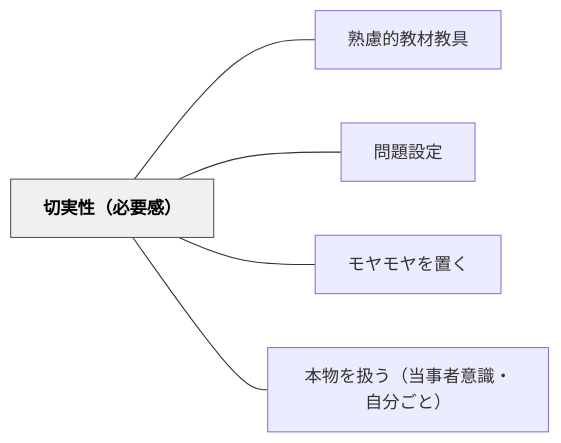
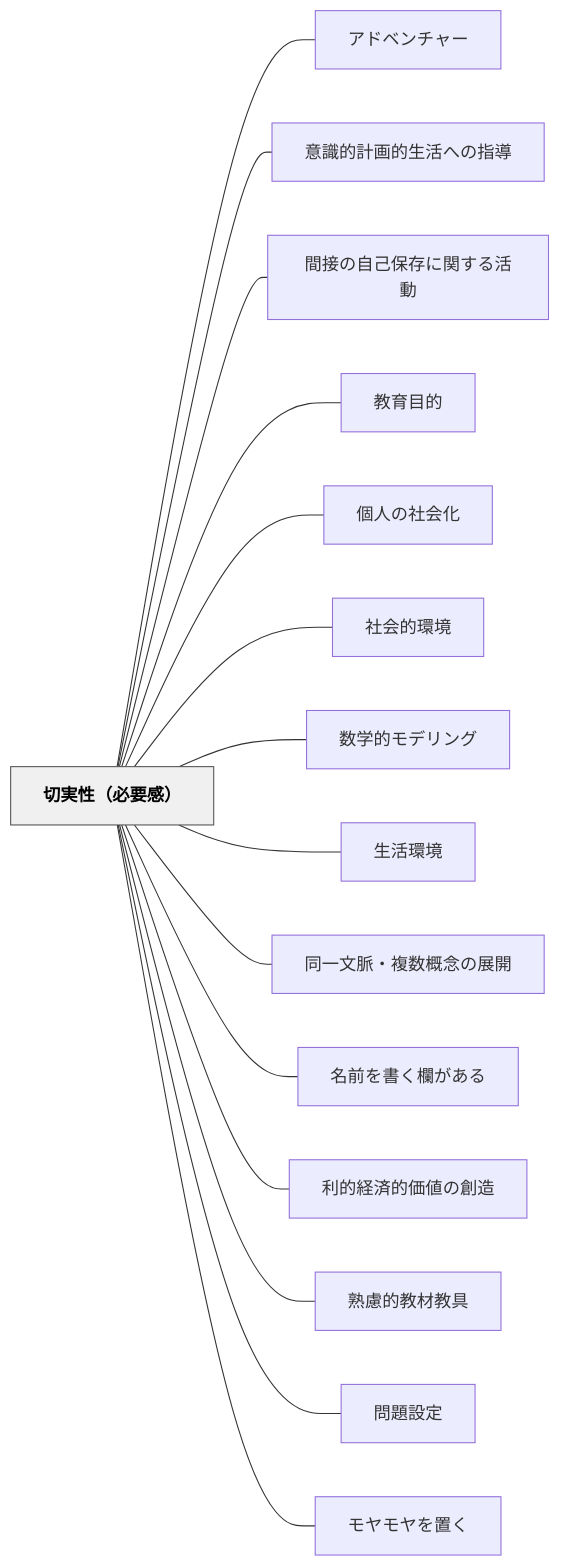
The diagram in content/パタン/切実性（必要感）.md (unknownthings-ed-patterns/unknownthings-ed-patterns), drawn with Mermaid before and after one commit. The commit also changed other lines of this file and 473 other files, not shown here.

````diff
--- a/content/パタン/切実性（必要感）.md
+++ b/content/パタン/切実性（必要感）.md
@@ -60,16 +71,36 @@
 ```mermaid
 flowchart LR
     ne58887e5ae9f["切実性（必要感）"]
+    ne382a2e38389["アドベンチャー"]
+    ne6848fe8ad98["意識的計画的生活への指導"]
+    ne99693e68ea5["間接の自己保存に関する活動"]
+    ne69599e882b2["教育目的"]
+    ne5808be4baba["個人の社会化"]
+    ne7a4bee4bc9a["社会的環境"]
+    ne695b0e5ada6["数学的モデリング"]
+    ne7949fe6b4bb["生活環境"]
+    ne5908ce4b880["同一文脈・複数概念の展開"]
+    ne5908de5898d["名前を書く欄がある"]
+    ne588a9e79a84["利的経済的価値の創造"]
     ne7869fe685ae["熟慮的教材教具"]
     ne5958fe9a18c["問題設定"]
     ne383a2e383a4["モヤモヤを置く"]
-    ne69cace789a9["本物を扱う（当事者意識・自分ごと）"]
 
+    ne58887e5ae9f --- ne382a2e38389
+    ne58887e5ae9f --- ne6848fe8ad98
+    ne58887e5ae9f --- ne99693e68ea5
+    ne58887e5ae9f --- ne69599e882b2
+    ne58887e5ae9f --- ne5808be4baba
+    ne58887e5ae9f --- ne7a4bee4bc9a
+    ne58887e5ae9f --- ne695b0e5ada6
+    ne58887e5ae9f --- ne7949fe6b4bb
+    ne58887e5ae9f --- ne5908ce4b880
+    ne58887e5ae9f --- ne5908de5898d
+    ne58887e5ae9f --- ne588a9e79a84
     ne58887e5ae9f --- ne7869fe685ae
     ne58887e5ae9f --- ne5958fe9a18c
     ne58887e5ae9f --- ne383a2e383a4
-    ne58887e5ae9f --- ne69cace789a9
 
     classDef hub fill:#f0f0f0,stroke:#555,color:#000,font-weight:bold
     class ne58887e5ae9f hub
 ```
````
